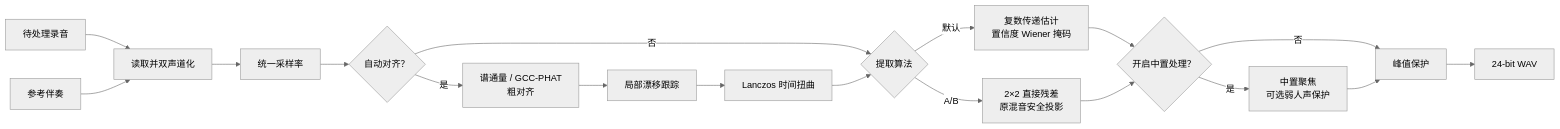
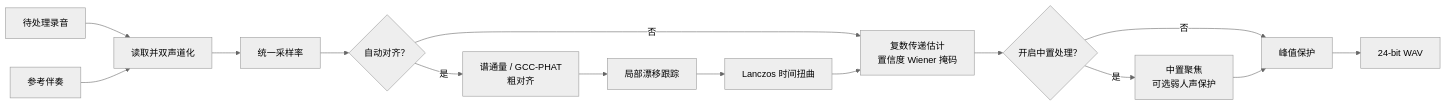
The diagram in docs/reference-removal.md (ChouChiu/Audio-Station), drawn with Mermaid (neutral theme) before and after one commit. The commit also changed other lines of this file and 6 other files, not shown here.

````diff
--- a/docs/reference-removal.md
+++ b/docs/reference-removal.md
@@ -28,20 +26,17 @@
 ```mermaid
 flowchart LR
     mix["待处理录音"] --> read["读取并双声道化"]
     ref["参考伴奏"] --> read
     read --> rate["统一采样率"]
     rate --> enabled{"自动对齐？"}
     enabled -->|是| coarse["谱通量 / GCC-PHAT<br/>粗对齐"]
     coarse --> drift["局部漂移跟踪"]
     drift --> warp["Lanczos 时间扭曲"]
-    enabled -->|否| choose{"提取算法"}
-    warp --> choose
-    choose -->|默认| mask["复数传递估计<br/>置信度 Wiener 掩码"]
-    choose -->|A/B| direct["2×2 直接残差<br/>原混音安全投影"]
+    enabled -->|否| mask["复数传递估计<br/>置信度 Wiener 掩码"]
+    warp --> mask
     mask --> center{"开启中置处理？"}
-    direct --> center
     center -->|是| focus["中置聚焦<br/>可选弱人声保护"]
     center -->|否| protect["峰值保护"]
     focus --> protect
     protect --> output["24-bit WAV"]
 ```
````
